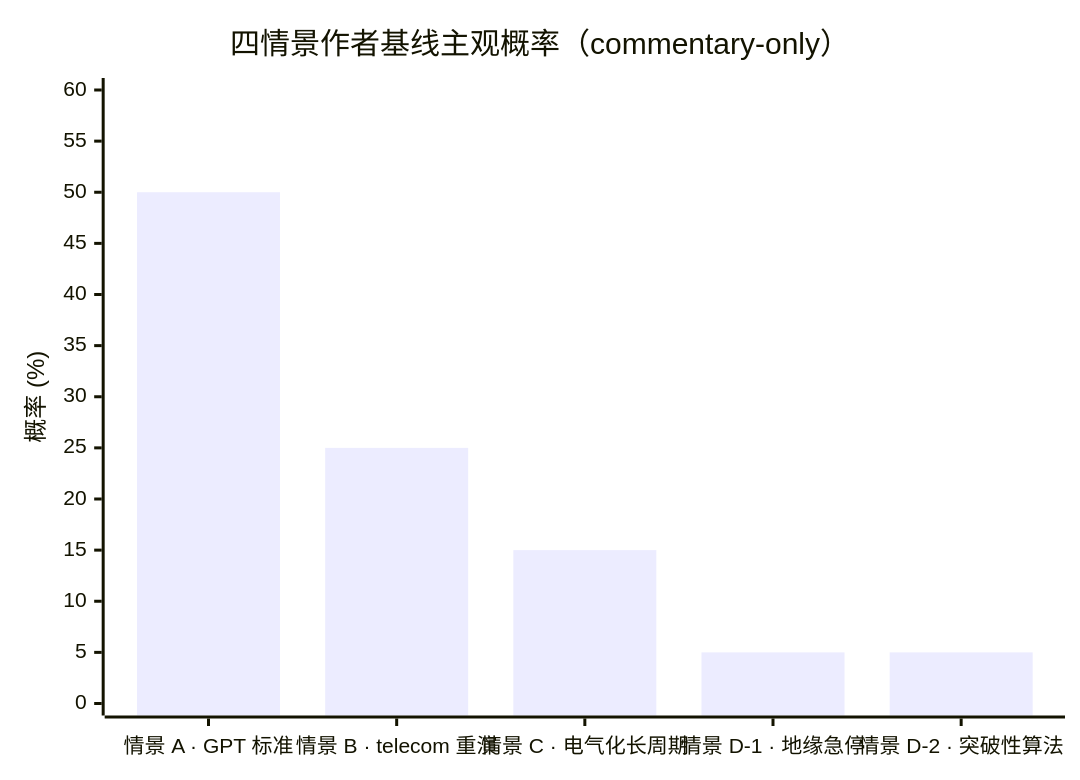
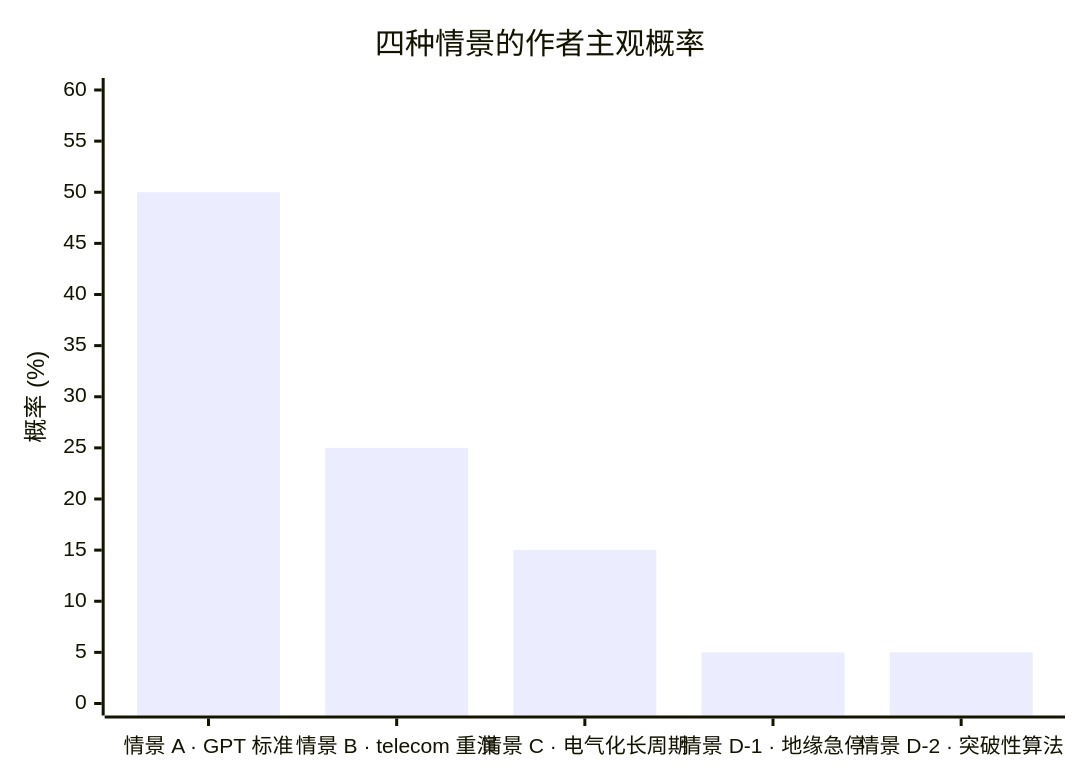
Before and after one commit to diguike/book-compute-economics: the fifth of 6 diagrams in book/32-five-years-after/README.md, drawn with Mermaid. The commit also changed other lines of this file and 33 other files, not shown here.

````diff
--- a/book/32-five-years-after/README.md
+++ b/book/32-five-years-after/README.md
@@ -541,7 +541,7 @@
 ```mermaid
 xychart-beta
-    title "四情景作者基线主观概率（commentary-only）"
+    title "四种情景的作者主观概率"
     x-axis ["情景 A · GPT 标准", "情景 B · telecom 重演", "情景 C · 电气化长周期", "情景 D-1 · 地缘急停", "情景 D-2 · 突破性算法"]
     y-axis "概率 (%)" 0 --> 60
     bar [50, 25, 15, 5, 5]
 ```
````
